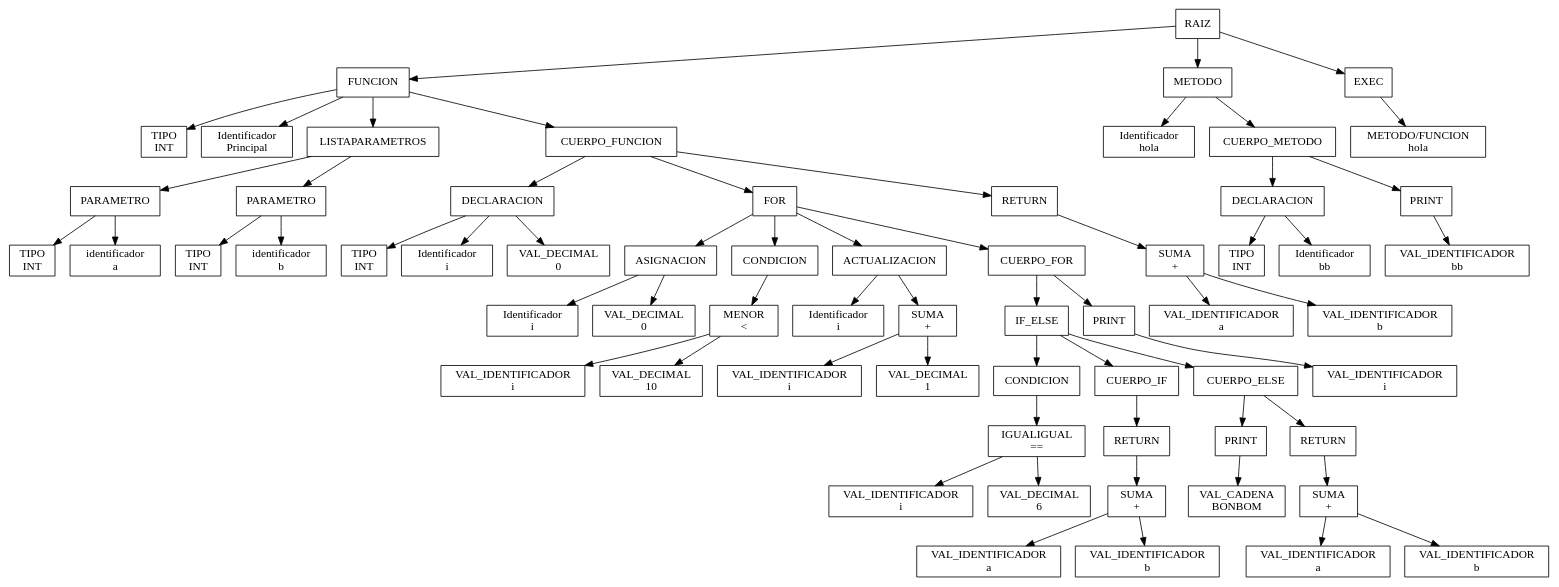
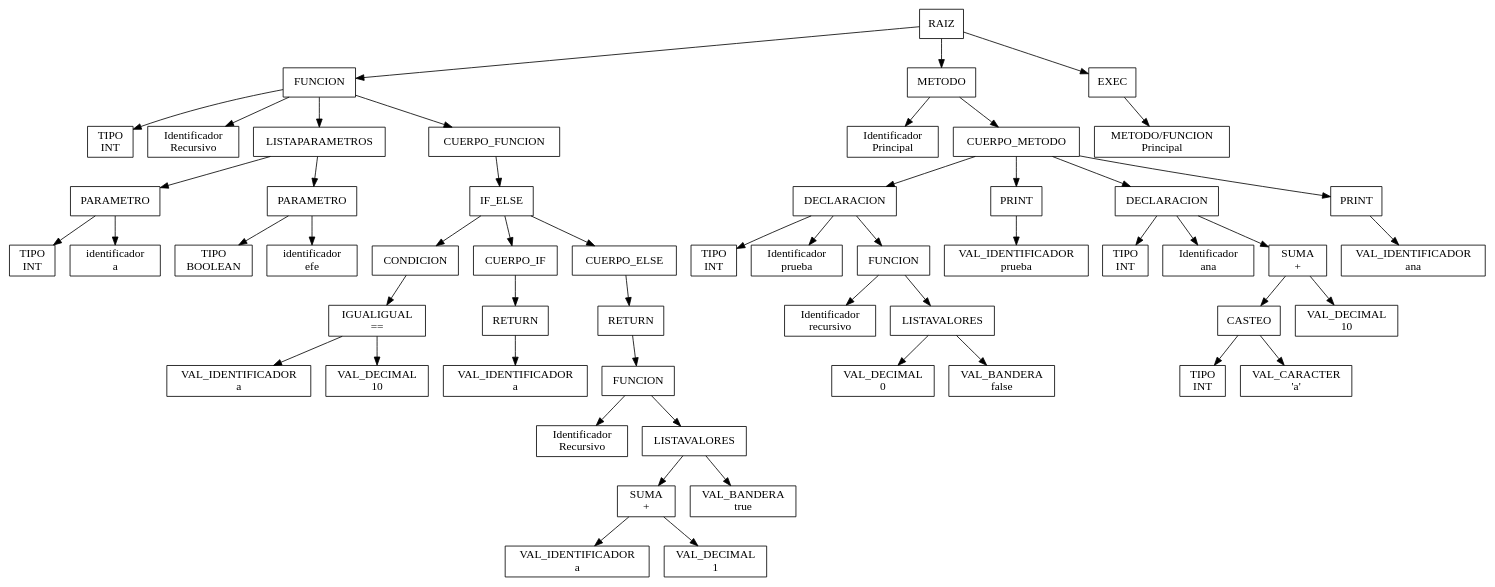
One commit to AngelArteaga1/OLC_Proyecto2_201901816 changed the diagram in backend/controller/ReporteAST/AST.dot. Above: the diagram before and after it, drawn with Graphviz. The commit also changed 4 other files, not shown here.

```diff
--- a/backend/controller/ReporteAST/AST.dot
+++ b/backend/controller/ReporteAST/AST.dot
@@ -1,126 +1,108 @@
 digraph G{node[shape="box"]Nodo0[label="RAIZ"];
 Nodo1[label="FUNCION"];
 Nodo0->Nodo1;
 Nodo2[label="TIPO \n INT"];
 Nodo1->Nodo2;
-Nodo3[label="Identificador \n Principal"];
+Nodo3[label="Identificador \n Recursivo"];
 Nodo1->Nodo3;
 Nodo4[label="LISTAPARAMETROS"];
 Nodo1->Nodo4;
 Nodo5[label="PARAMETRO"];
 Nodo4->Nodo5;
 Nodo6[label="TIPO \n INT"];
 Nodo5->Nodo6;
 Nodo7[label="identificador \n a"];
 Nodo5->Nodo7;
 Nodo8[label="PARAMETRO"];
 Nodo4->Nodo8;
-Nodo9[label="TIPO \n INT"];
+Nodo9[label="TIPO \n BOOLEAN"];
 Nodo8->Nodo9;
-Nodo10[label="identificador \n b"];
+Nodo10[label="identificador \n efe"];
 Nodo8->Nodo10;
 Nodo11[label="CUERPO_FUNCION"];
 Nodo1->Nodo11;
-Nodo12[label="DECLARACION"];
+Nodo12[label="IF_ELSE"];
 Nodo11->Nodo12;
-Nodo13[label="TIPO \n INT"];
+Nodo13[label="CONDICION"];
 Nodo12->Nodo13;
-Nodo14[label="Identificador \n i"];
-Nodo12->Nodo14;
-Nodo15[label="VAL_DECIMAL \n 0"];
-Nodo12->Nodo15;
-Nodo16[label="FOR"];
-Nodo11->Nodo16;
-Nodo17[label="ASIGNACION"];
-Nodo16->Nodo17;
-Nodo18[label="Identificador \n i"];
+Nodo14[label=" IGUALIGUAL \n =="];
+Nodo13->Nodo14;
+Nodo15[label="VAL_IDENTIFICADOR \n a"];
+Nodo14->Nodo15;
+Nodo16[label="VAL_DECIMAL \n 10"];
+Nodo14->Nodo16;
+Nodo17[label="CUERPO_IF"];
+Nodo12->Nodo17;
+Nodo18[label="RETURN"];
 Nodo17->Nodo18;
-Nodo19[label="VAL_DECIMAL \n 0"];
-Nodo17->Nodo19;
-Nodo20[label="CONDICION"];
-Nodo16->Nodo20;
-Nodo21[label=" MENOR \n <"];
+Nodo19[label="VAL_IDENTIFICADOR \n a"];
+Nodo18->Nodo19;
+Nodo20[label="CUERPO_ELSE"];
+Nodo12->Nodo20;
+Nodo21[label="RETURN"];
 Nodo20->Nodo21;
-Nodo22[label="VAL_IDENTIFICADOR \n i"];
+Nodo22[label="FUNCION"];
 Nodo21->Nodo22;
-Nodo23[label="VAL_DECIMAL \n 10"];
-Nodo21->Nodo23;
-Nodo24[label="ACTUALIZACION"];
-Nodo16->Nodo24;
-Nodo25[label="Identificador \n i"];
+Nodo23[label="Identificador \n Recursivo"];
+Nodo22->Nodo23;
+Nodo24[label="LISTAVALORES"];
+Nodo22->Nodo24;
+Nodo25[label=" SUMA \n +"];
 Nodo24->Nodo25;
-Nodo26[label=" SUMA \n +"];
-Nodo24->Nodo26;
-Nodo27[label="VAL_IDENTIFICADOR \n i"];
-Nodo26->Nodo27;
-Nodo28[label="VAL_DECIMAL \n 1"];
-Nodo26->Nodo28;
-Nodo29[label="CUERPO_FOR"];
-Nodo16->Nodo29;
-Nodo30[label="IF_ELSE"];
+Nodo26[label="VAL_IDENTIFICADOR \n a"];
+Nodo25->Nodo26;
+Nodo27[label="VAL_DECIMAL \n 1"];
+Nodo25->Nodo27;
+Nodo28[label="VAL_BANDERA \n true"];
+Nodo24->Nodo28;
+Nodo29[label="METODO"];
+Nodo0->Nodo29;
+Nodo30[label="Identificador \n Principal"];
 Nodo29->Nodo30;
-Nodo31[label="CONDICION"];
-Nodo30->Nodo31;
-Nodo32[label=" IGUALIGUAL \n =="];
+Nodo31[label="CUERPO_METODO"];
+Nodo29->Nodo31;
+Nodo32[label="DECLARACION"];
 Nodo31->Nodo32;
-Nodo33[label="VAL_IDENTIFICADOR \n i"];
+Nodo33[label="TIPO \n INT"];
 Nodo32->Nodo33;
-Nodo34[label="VAL_DECIMAL \n 6"];
+Nodo34[label="Identificador \n prueba"];
 Nodo32->Nodo34;
-Nodo35[label="CUERPO_IF"];
-Nodo30->Nodo35;
-Nodo36[label="RETURN"];
+Nodo35[label="FUNCION"];
+Nodo32->Nodo35;
+Nodo36[label="Identificador \n recursivo"];
 Nodo35->Nodo36;
-Nodo37[label=" SUMA \n +"];
-Nodo36->Nodo37;
-Nodo38[label="VAL_IDENTIFICADOR \n a"];
+Nodo37[label="LISTAVALORES"];
+Nodo35->Nodo37;
+Nodo38[label="VAL_DECIMAL \n 0"];
 Nodo37->Nodo38;
-Nodo39[label="VAL_IDENTIFICADOR \n b"];
+Nodo39[label="VAL_BANDERA \n false"];
 Nodo37->Nodo39;
-Nodo40[label="CUERPO_ELSE"];
-Nodo30->Nodo40;
-Nodo41[label="PRINT"];
+Nodo40[label="PRINT"];
+Nodo31->Nodo40;
+Nodo41[label="VAL_IDENTIFICADOR \n prueba"];
 Nodo40->Nodo41;
-Nodo42[label="VAL_CADENA \n BONBOM"];
-Nodo41->Nodo42;
-Nodo43[label="RETURN"];
-Nodo40->Nodo43;
-Nodo44[label=" SUMA \n +"];
-Nodo43->Nodo44;
-Nodo45[label="VAL_IDENTIFICADOR \n a"];
-Nodo44->Nodo45;
-Nodo46[label="VAL_IDENTIFICADOR \n b"];
-Nodo44->Nodo46;
-Nodo47[label="PRINT"];
-Nodo29->Nodo47;
-Nodo48[label="VAL_IDENTIFICADOR \n i"];
-Nodo47->Nodo48;
-Nodo49[label="RETURN"];
-Nodo11->Nodo49;
-Nodo50[label=" SUMA \n +"];
-Nodo49->Nodo50;
-Nodo51[label="VAL_IDENTIFICADOR \n a"];
+Nodo42[label="DECLARACION"];
+Nodo31->Nodo42;
+Nodo43[label="TIPO \n INT"];
+Nodo42->Nodo43;
+Nodo44[label="Identificador \n ana"];
+Nodo42->Nodo44;
+Nodo45[label=" SUMA \n +"];
+Nodo42->Nodo45;
+Nodo46[label="CASTEO"];
+Nodo45->Nodo46;
+Nodo47[label="TIPO \n INT"];
+Nodo46->Nodo47;
+Nodo48[label="VAL_CARACTER \n 'a'"];
+Nodo46->Nodo48;
+Nodo49[label="VAL_DECIMAL \n 10"];
+Nodo45->Nodo49;
+Nodo50[label="PRINT"];
+Nodo31->Nodo50;
+Nodo51[label="VAL_IDENTIFICADOR \n ana"];
 Nodo50->Nodo51;
-Nodo52[label="VAL_IDENTIFICADOR \n b"];
-Nodo50->Nodo52;
-Nodo53[label="METODO"];
-Nodo0->Nodo53;
-Nodo54[label="Identificador \n hola"];
-Nodo53->Nodo54;
-Nodo55[label="CUERPO_METODO"];
-Nodo53->Nodo55;
-Nodo56[label="DECLARACION"];
-Nodo55->Nodo56;
-Nodo57[label="TIPO \n INT"];
-Nodo56->Nodo57;
-Nodo58[label="Identificador \n bb"];
-Nodo56->Nodo58;
-Nodo59[label="PRINT"];
-Nodo55->Nodo59;
-Nodo60[label="VAL_IDENTIFICADOR \n bb"];
-Nodo59->Nodo60;
-Nodo61[label="EXEC"];
-Nodo0->Nodo61;
-Nodo62[label="METODO/FUNCION \n hola"];
-Nodo61->Nodo62;
+Nodo52[label="EXEC"];
+Nodo0->Nodo52;
+Nodo53[label="METODO/FUNCION \n Principal"];
+Nodo52->Nodo53;
 }
```
